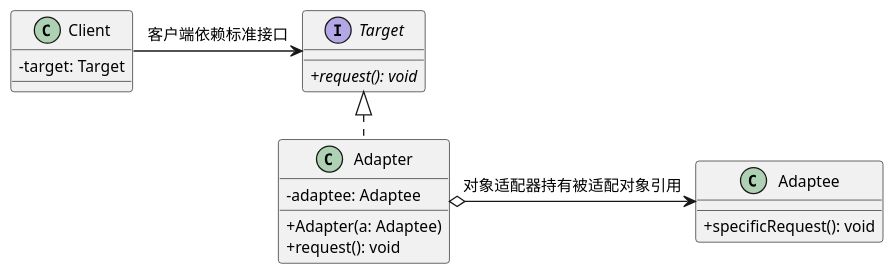
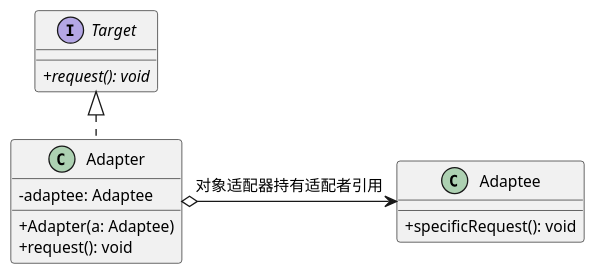
One commit to cpsa3/software-designer-fast-pass changed the seventh of 20 diagrams in 02-visual-diagrams/03-设计模式核心图谱与真题命题密码.md. Above: the diagram before and after it, drawn with PlantUML. The commit also changed other lines of this file, not shown here.

````diff
--- a/02-visual-diagrams/03-设计模式核心图谱与真题命题密码.md
+++ b/02-visual-diagrams/03-设计模式核心图谱与真题命题密码.md
@@ -460,29 +331,24 @@
 ```plantuml
 @startuml
 !pragma layout smetana
 skinparam dpi 125
 skinparam defaultFontSize 12
 skinparam classAttributeIconSize 0
 
 interface Target {
     + {abstract} request(): void
 }
 
 class Adaptee {
     + specificRequest(): void
 }
 
 class Adapter implements Target {
     - adaptee: Adaptee
     + Adapter(a: Adaptee)
     + request(): void
 }
 
-class Client {
-    - target: Target
-}
-
-Client -> Target : 客户端依赖标准接口
-Adapter o-> Adaptee : 对象适配器持有被适配对象引用
+Adapter o-> Adaptee : 对象适配器持有适配者引用
 @enduml
 ```
````
